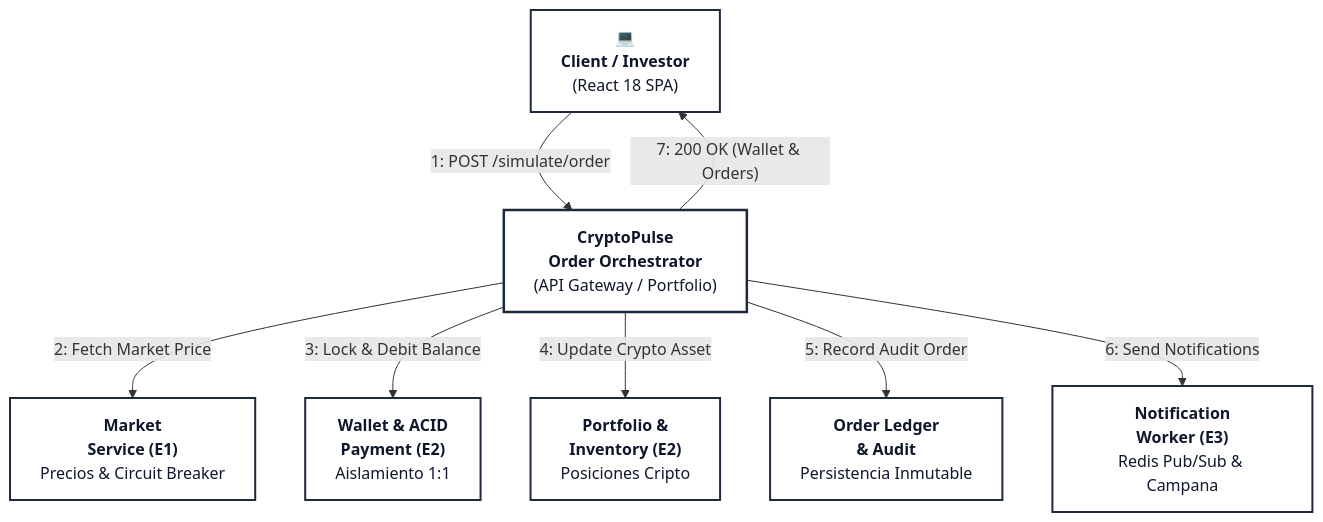
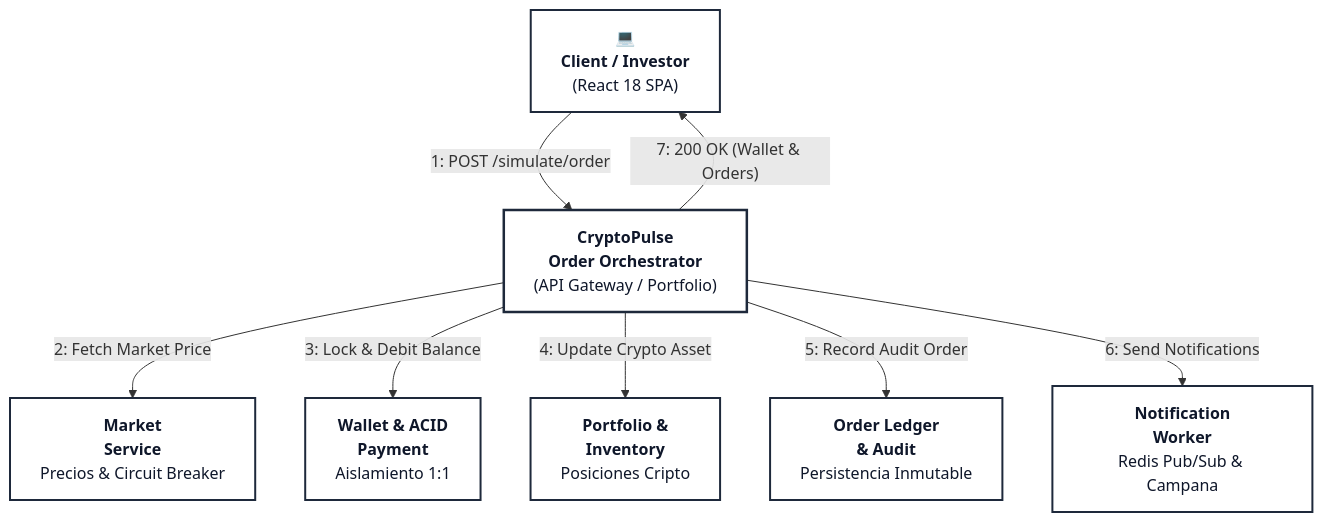
Before and after one commit to SRC-07/CryptoPulse: the first of 2 diagrams in docs/ORQUESTACION.md, drawn with Mermaid. The commit also changed other lines of this file and 19 other files, not shown here.

````diff
--- a/docs/ORQUESTACION.md
+++ b/docs/ORQUESTACION.md
@@ -13,26 +13,26 @@
 ```mermaid
 graph TD
     classDef client fill:#FFFFFF,stroke:#1E293B,stroke-width:2px,color:#0F172A;
     classDef orch fill:#FFFFFF,stroke:#1E293B,stroke-width:2.5px,color:#0F172A;
     classDef service fill:#FFFFFF,stroke:#1E293B,stroke-width:2px,color:#0F172A;
 
     CLIENT["💻<br/><b>Client / Investor</b><br/>(React 18 SPA)"]:::client
     ORCH["<b>CryptoPulse<br/>Order Orchestrator</b><br/>(API Gateway / Portfolio)"]:::orch
 
-    MS["<b>Market<br/>Service (E1)</b><br/>Precios & Circuit Breaker"]:::service
-    WS["<b>Wallet &amp; ACID<br/>Payment (E2)</b><br/>Aislamiento 1:1"]:::service
-    PS["<b>Portfolio &amp;<br/>Inventory (E2)</b><br/>Posiciones Cripto"]:::service
+    MS["<b>Market<br/>Service</b><br/>Precios & Circuit Breaker"]:::service
+    WS["<b>Wallet &amp; ACID<br/>Payment</b><br/>Aislamiento 1:1"]:::service
+    PS["<b>Portfolio &amp;<br/>Inventory</b><br/>Posiciones Cripto"]:::service
     OS["<b>Order Ledger<br/>&amp; Audit</b><br/>Persistencia Inmutable"]:::service
-    NS["<b>Notification<br/>Worker (E3)</b><br/>Redis Pub/Sub &amp; Campana"]:::service
+    NS["<b>Notification<br/>Worker</b><br/>Redis Pub/Sub &amp; Campana"]:::service
 
     %% Flujo Cliente <-> Orquestador
     CLIENT -->|"1: POST /simulate/order"| ORCH
     ORCH -->|"7: 200 OK (Wallet &amp; Orders)"| CLIENT
 
     %% Flujo Orquestador -> Microservicios
     ORCH -->|"2: Fetch Market Price"| MS
     ORCH -->|"3: Lock &amp; Debit Balance"| WS
     ORCH -->|"4: Update Crypto Asset"| PS
     ORCH -->|"5: Record Audit Order"| OS
     ORCH -->|"6: Send Notifications"| NS
 ```
````
